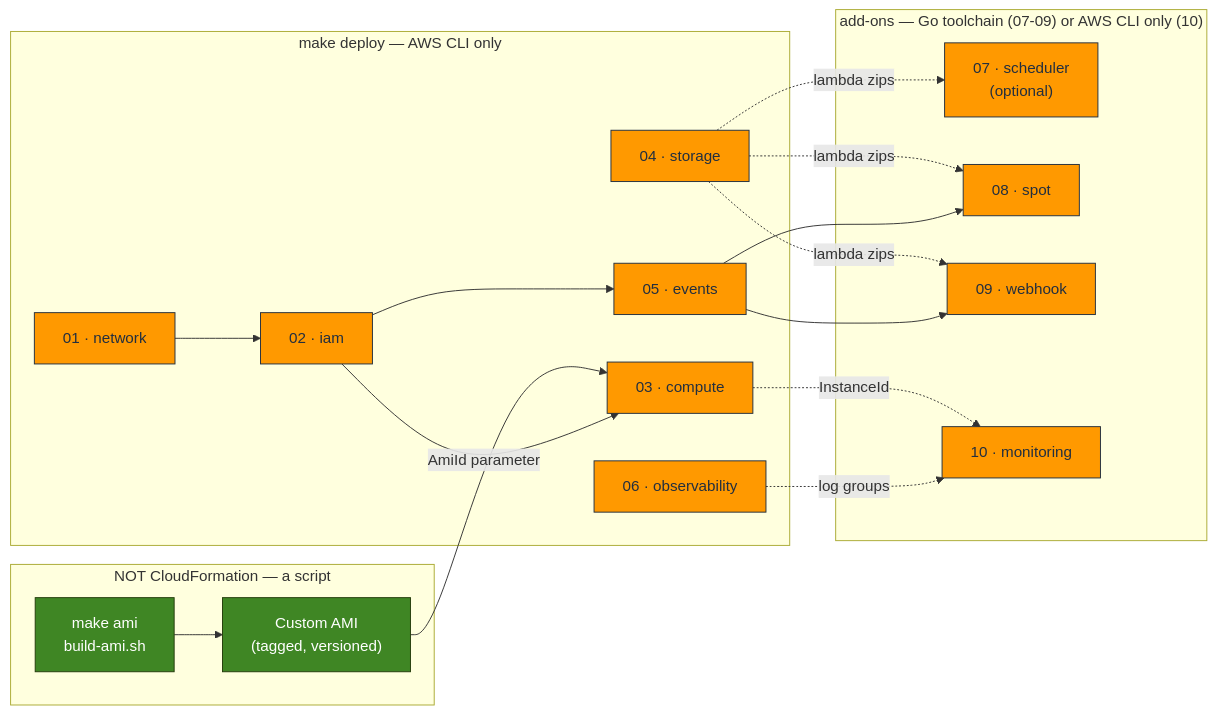
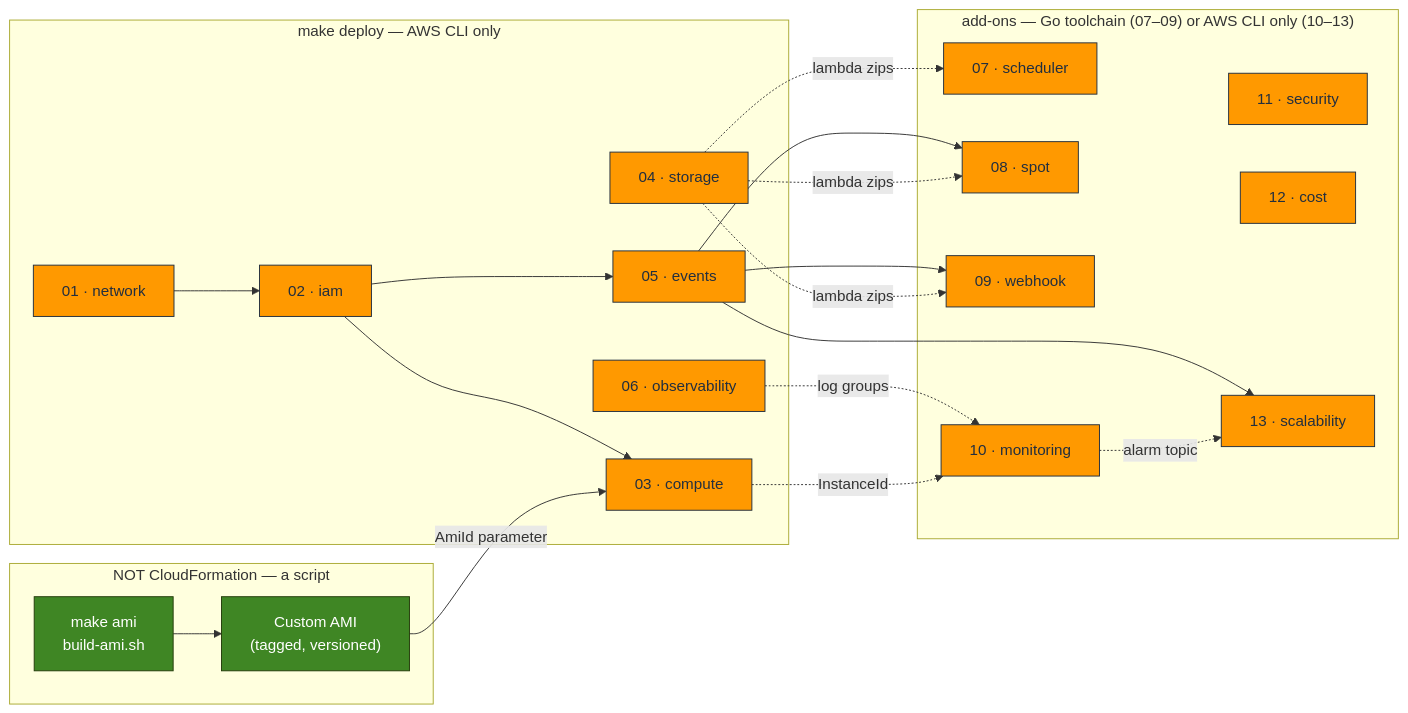
The second of 4 diagrams in docs/architecture/current-architecture.md (teddynted/designing-an-ai-agent-platform-on-aws), drawn with Mermaid before and after one commit. The commit also changed other lines of this file and 1 other file, not shown here.

First line of the commit message:
docs(architecture): refresh living diagrams to Milestone 17

````diff
--- a/docs/architecture/current-architecture.md
+++ b/docs/architecture/current-architecture.md
@@ -170,36 +190,41 @@
 ```mermaid
 flowchart LR
     subgraph core["make deploy — AWS CLI only"]
         n["01 · network"] --> i["02 · iam"] --> c["03 · compute"]
         i --> e["05 · events"]
         s["04 · storage"]
         o["06 · observability"]
     end
 
-    subgraph addons["add-ons — Go toolchain (07-09) or AWS CLI only (10)"]
-        sch["07 · scheduler<br/>(optional)"]
+    subgraph addons["add-ons — Go toolchain (07–09) or AWS CLI only (10–13)"]
+        sch["07 · scheduler"]
         sp["08 · spot"]
         wh["09 · webhook"]
         mon["10 · monitoring"]
+        sec["11 · security"]
+        cost["12 · cost"]
+        scale["13 · scalability"]
     end
 
     subgraph pipeline["NOT CloudFormation — a script"]
         build["make ami<br/>build-ami.sh"]
         img["Custom AMI<br/>(tagged, versioned)"]
     end
 
     e --> sp
     e --> wh
+    e --> scale
     s -.->|"lambda zips"| sp
     s -.->|"lambda zips"| sch
     s -.->|"lambda zips"| wh
     o -.->|"log groups"| mon
     c -.->|"InstanceId"| mon
+    mon -.->|"alarm topic"| scale
     build --> img
     img -->|"AmiId parameter"| c
 
     classDef aws fill:#FF9900,stroke:#232F3E,color:#232F3E
     classDef store fill:#3F8624,stroke:#243B0B,color:#FFFFFF
-    class n,i,c,e,s,o,sch,sp,wh,mon aws
+    class n,i,c,e,s,o,sch,sp,wh,mon,sec,cost,scale aws
     class build,img store
 ```
````
